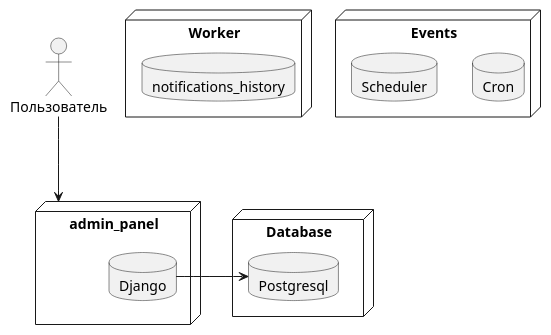
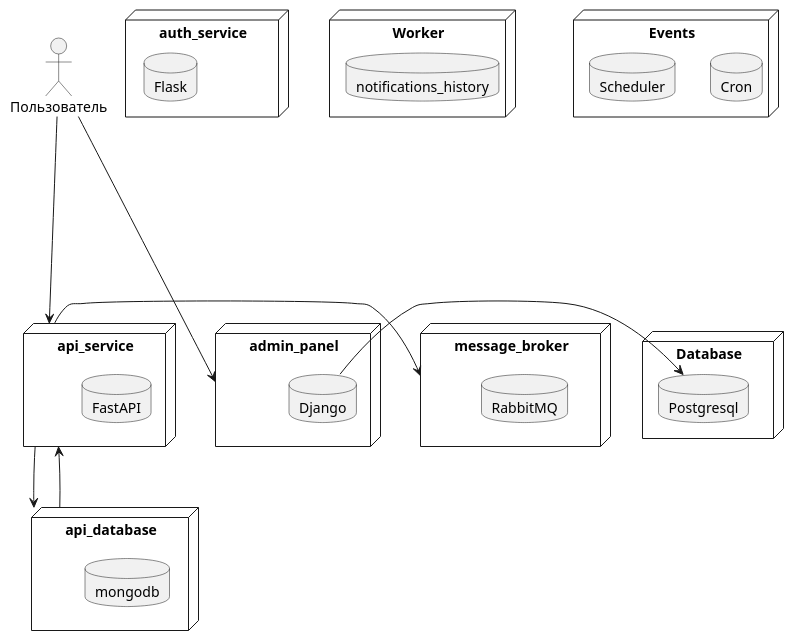
One commit to iliazaraysky/notifications_sprint_1 changed the diagram in notification_schema.puml. Above: the diagram before and after it, drawn with PlantUML. The commit also changed 51 other files, not shown here.

```diff
--- a/notification_schema.puml
+++ b/notification_schema.puml
@@ -1,26 +1,47 @@
 @startuml
 skinparam componentStyle uml2
 actor Пользователь
+
+node api_database {
+    database mongodb
+}
+
+node message_broker {
+    database RabbitMQ
+}
+
+node auth_service {
+    database Flask
+}
+
+node api_service {
+    database FastAPI
+}
 
 node admin_panel{
     database Django
 }
 
 node Database{
     database Postgresql
 }
 
 node Worker{
     database notifications_history
 }
 
 node Events {
     database Cron
     database Scheduler
 
 }
 
-Пользователь -down--> admin_panel
+Пользователь -down----> admin_panel
+Пользователь -down----> api_service
+api_service -down--> api_database
+api_service -right---> message_broker
+api_database -up--> api_service
+
 Django -right-> Postgresql
 
 @enduml
```
